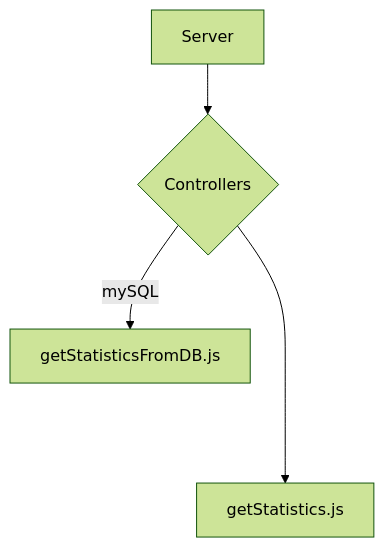
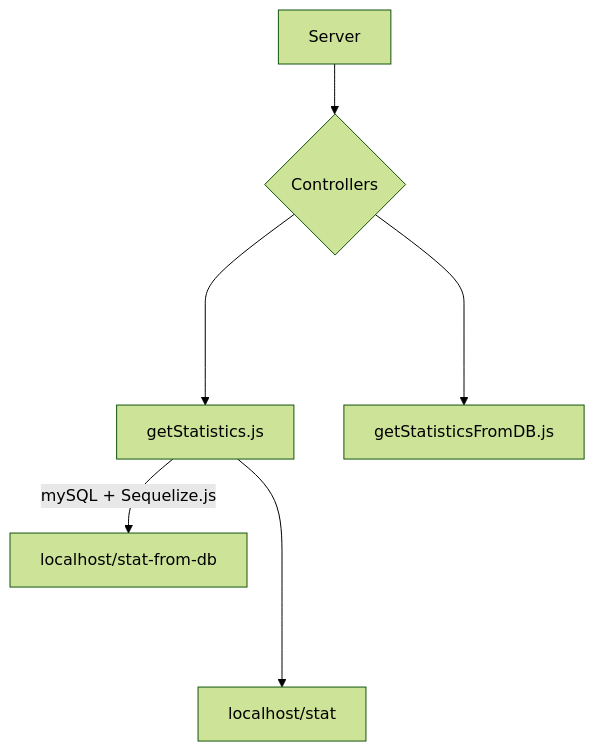
Before and after one commit to 0xlax/Payroll-Data-Aggregator: the diagram in README.md, drawn with Mermaid (forest theme).

````diff
--- a/README.md
+++ b/README.md
@@ -39,6 +39,8 @@
 ```mermaid
 flowchart TD
     A[Server] --> B{Controllers};
     B ----> C[getStatistics.js];
-    B --mySQL--> D[getStatisticsFromDB.js];
+    B ----> D[getStatisticsFromDB.js];
+    C ----> E[localhost/stat];
+    C --mySQL + Sequelize.js--> F[localhost/stat-from-db];
 ```
````
